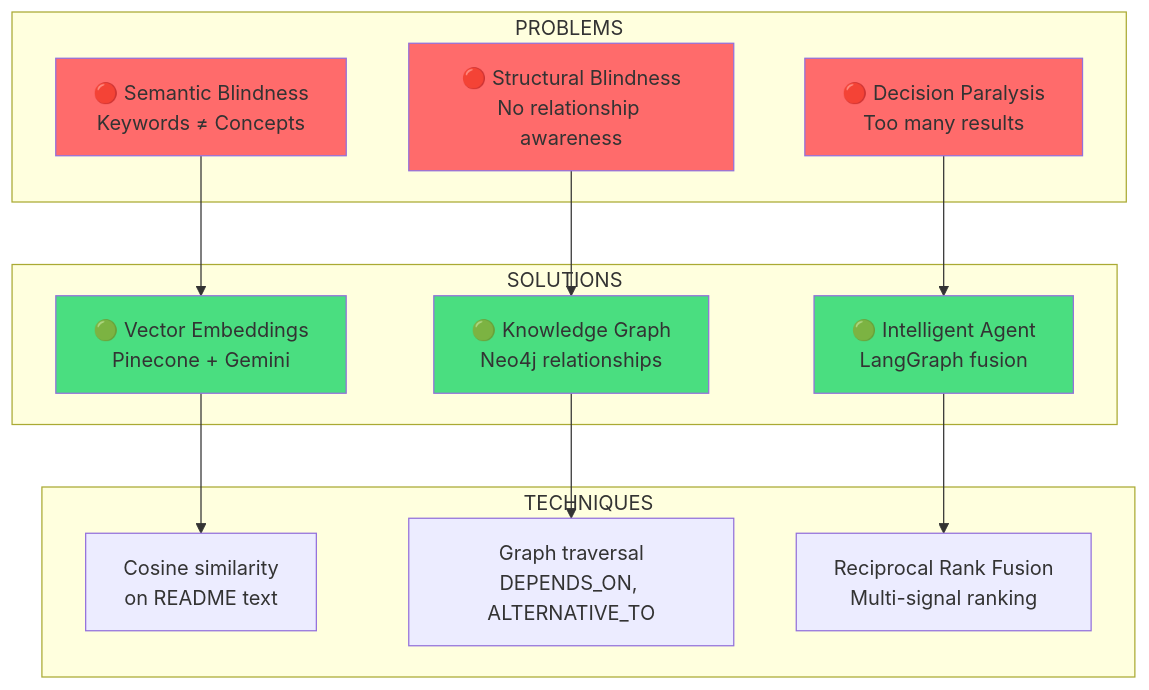
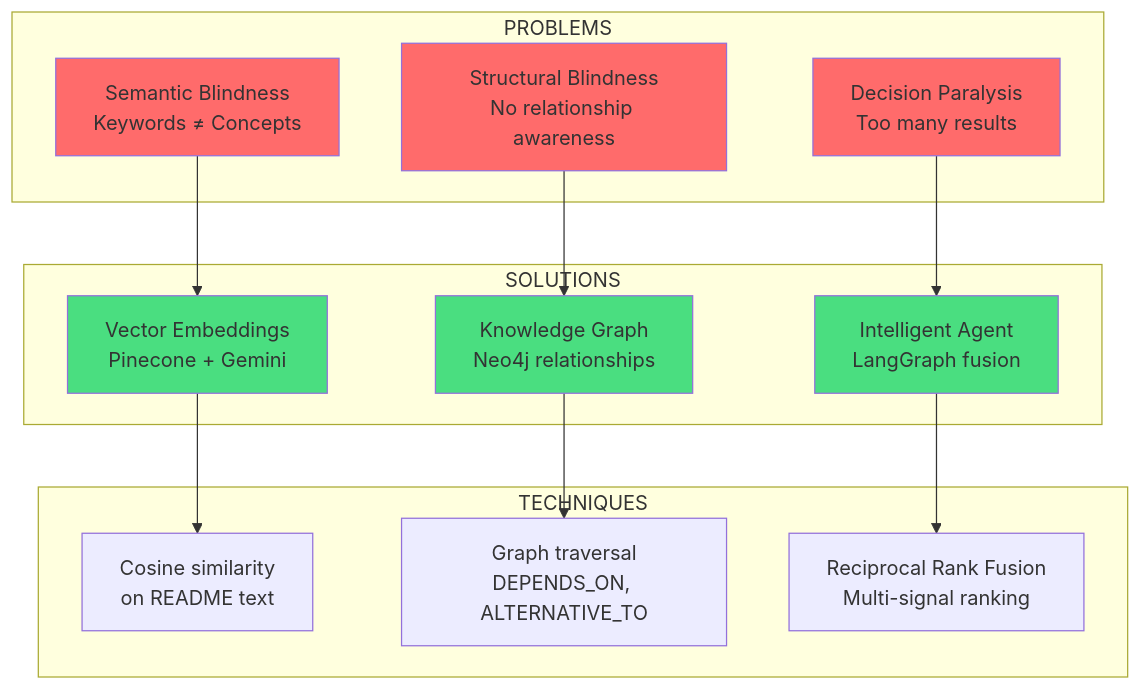
Before and after one commit to Ramakrishna1967/GitGraph: the tenth of 22 diagrams in ARCHITECTURE.md, drawn with Mermaid. The commit also changed other lines of this file, not shown here.

````diff
--- a/ARCHITECTURE.md
+++ b/ARCHITECTURE.md
@@ -273,31 +273,31 @@
 ```mermaid
 graph TB
     subgraph "PROBLEMS"
-        P1["🔴 Semantic Blindness<br/>Keywords ≠ Concepts"]
-        P2["🔴 Structural Blindness<br/>No relationship awareness"]
-        P3["🔴 Decision Paralysis<br/>Too many results"]
+        P1[" Semantic Blindness<br/>Keywords ≠ Concepts"]
+        P2[" Structural Blindness<br/>No relationship awareness"]
+        P3[" Decision Paralysis<br/>Too many results"]
     end
     
     subgraph "SOLUTIONS"
-        S1["🟢 Vector Embeddings<br/>Pinecone + Gemini"]
-        S2["🟢 Knowledge Graph<br/>Neo4j relationships"]
-        S3["🟢 Intelligent Agent<br/>LangGraph fusion"]
+        S1[" Vector Embeddings<br/>Pinecone + Gemini"]
+        S2[" Knowledge Graph<br/>Neo4j relationships"]
+        S3[" Intelligent Agent<br/>LangGraph fusion"]
     end
     
     subgraph "TECHNIQUES"
         T1["Cosine similarity<br/>on README text"]
         T2["Graph traversal<br/>DEPENDS_ON, ALTERNATIVE_TO"]
         T3["Reciprocal Rank Fusion<br/>Multi-signal ranking"]
     end
     
     P1 --> S1 --> T1
     P2 --> S2 --> T2
     P3 --> S3 --> T3
     
     style P1 fill:#ff6b6b
     style P2 fill:#ff6b6b
     style P3 fill:#ff6b6b
     style S1 fill:#4ade80
     style S2 fill:#4ade80
     style S3 fill:#4ade80
 ```
````
